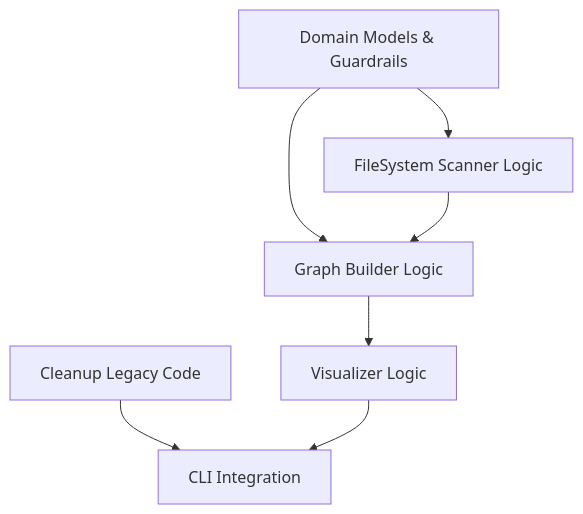
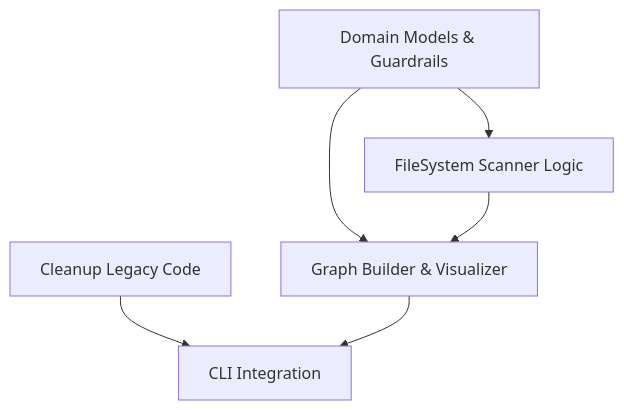
The diagram in docs/specs/plans/adr-008-automation-cleanup/definitions.md (masa-codehub/issue_creator_kit), drawn with Mermaid before and after one commit. The commit also changed other lines of this file and 2 other files, not shown here.

````diff
--- a/docs/specs/plans/adr-008-automation-cleanup/definitions.md
+++ b/docs/specs/plans/adr-008-automation-cleanup/definitions.md
@@ -50,16 +50,14 @@
 ```mermaid
 graph TD
     Cleanup[Cleanup Legacy Code]
     Domain[Domain Models & Guardrails]
     Scanner[FileSystem Scanner Logic]
-    Graph[Graph Builder Logic]
-    Visualizer[Visualizer Logic]
+    Graph[Graph Builder & Visualizer]
     CLI[CLI Integration]
 
     Cleanup --> CLI
     Domain --> Scanner
     Domain --> Graph
     Scanner --> Graph
-    Graph --> Visualizer
-    Visualizer --> CLI
+    Graph --> CLI
 ```
````
